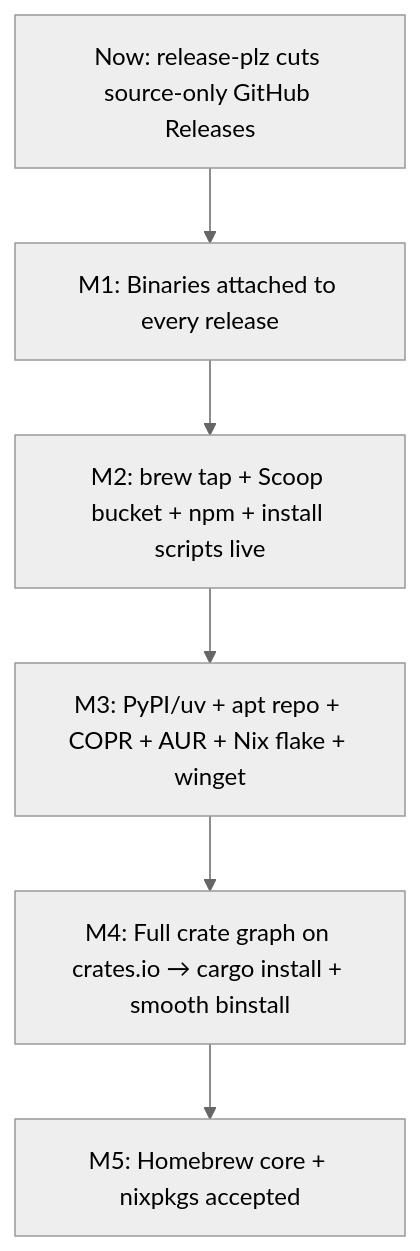
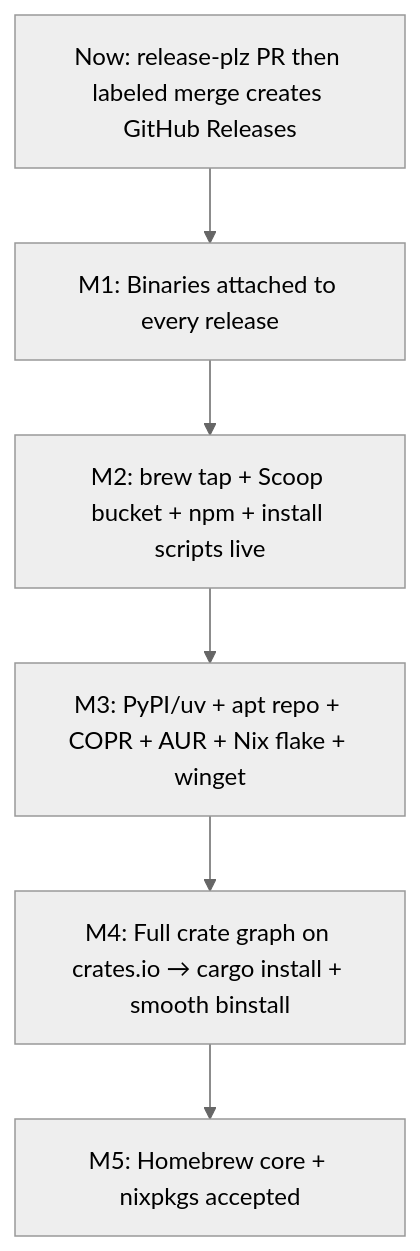
One commit to yankeeinlondon/rusty-biscuit changed the third of 3 diagrams in .claude/skills/rust-devops/deployment-platforms.md. Above: the diagram before and after it, drawn with Mermaid (neutral theme). The commit also changed other lines of this file and 3 other files, not shown here.

````diff
--- a/.claude/skills/rust-devops/deployment-platforms.md
+++ b/.claude/skills/rust-devops/deployment-platforms.md
@@ -613,11 +634,11 @@
 ```mermaid
 flowchart TD
-    M0[Now: release-plz cuts source-only GitHub Releases]
+    M0[Now: release-plz PR then labeled merge creates GitHub Releases]
     M1[M1: Binaries attached to every release]
     M2[M2: brew tap + Scoop bucket + npm + install scripts live]
     M3[M3: PyPI/uv + apt repo + COPR + AUR + Nix flake + winget]
     M4[M4: Full crate graph on crates.io → cargo install + smooth binstall]
     M5[M5: Homebrew core + nixpkgs accepted]
 
     M0 --> M1 --> M2 --> M3 --> M4 --> M5
 ```
````
